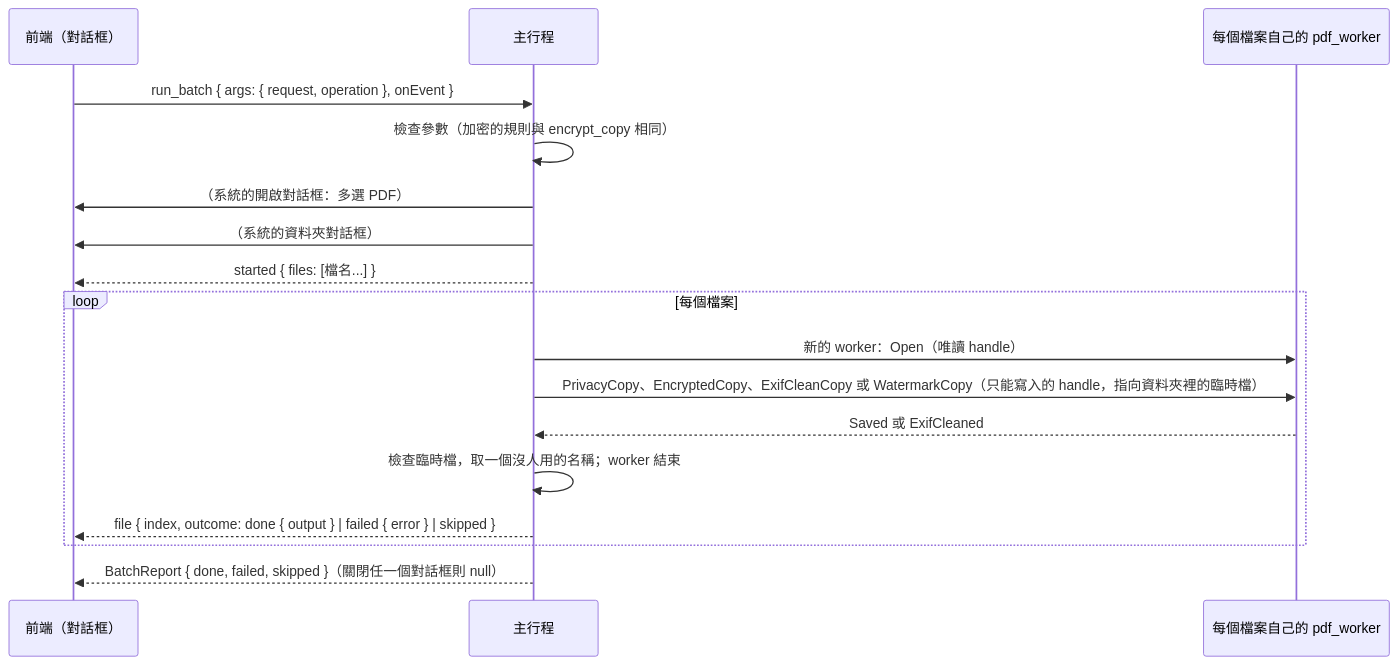
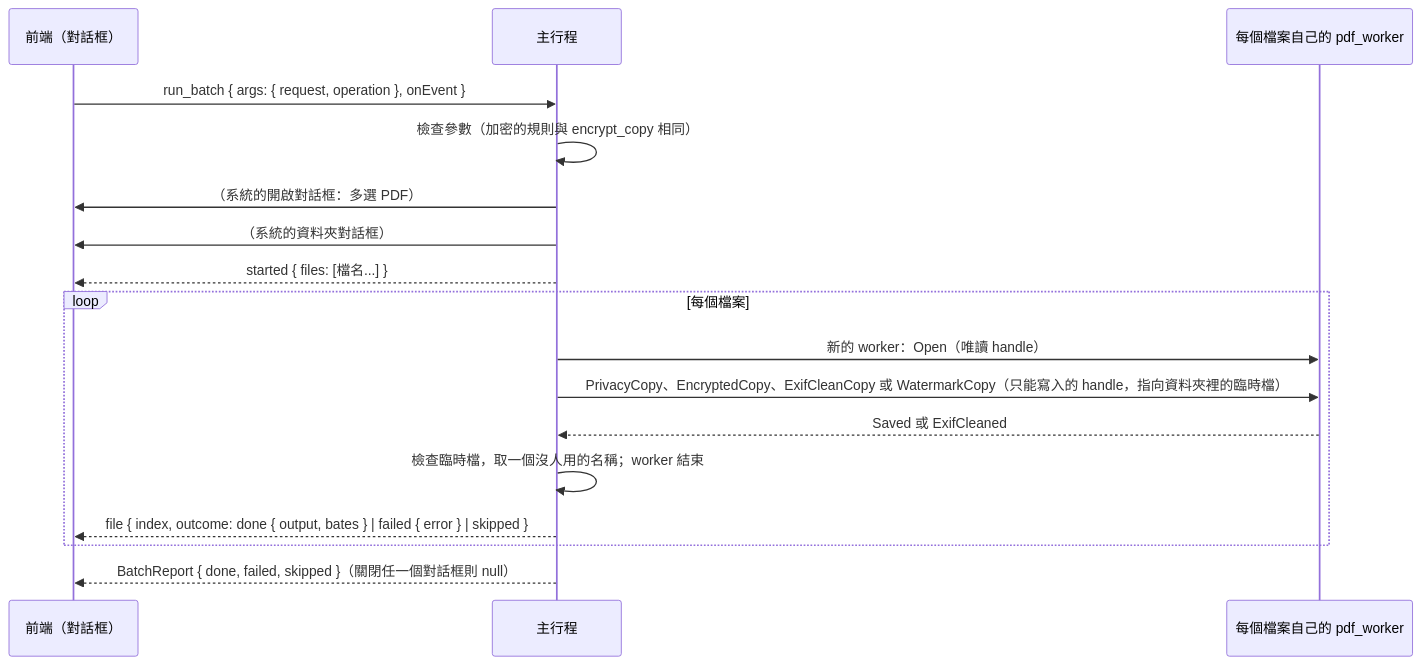
The diagram in docs/architecture/batch.md (winner0988/Pdf-reader), drawn with Mermaid before and after one commit. The commit also changed other lines of this file and 18 other files, not shown here.

Commit message:
fix(batch): address review on page marks calculation, bates range and error reasons

````diff
--- a/docs/architecture/batch.md
+++ b/docs/architecture/batch.md
@@ -118,19 +118,19 @@
 ```mermaid
 sequenceDiagram
   participant F as 前端（對話框）
   participant M as 主行程
   participant W as 每個檔案自己的 pdf_worker
   F->>M: run_batch { args: { request, operation }, onEvent }
   M->>M: 檢查參數（加密的規則與 encrypt_copy 相同）
   M->>F: （系統的開啟對話框：多選 PDF）
   M->>F: （系統的資料夾對話框）
   M-->>F: started { files: [檔名...] }
   loop 每個檔案
     M->>W: 新的 worker：Open（唯讀 handle）
     M->>W: PrivacyCopy、EncryptedCopy、ExifCleanCopy 或 WatermarkCopy（只能寫入的 handle，指向資料夾裡的臨時檔）
     W-->>M: Saved 或 ExifCleaned
     M->>M: 檢查臨時檔，取一個沒人用的名稱；worker 結束
-    M-->>F: file { index, outcome: done { output } | failed { error } | skipped }
+    M-->>F: file { index, outcome: done { output, bates } | failed { error } | skipped }
   end
   M-->>F: BatchReport { done, failed, skipped }（關閉任一個對話框則 null）
 ```
````
